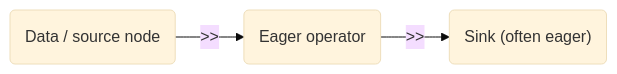
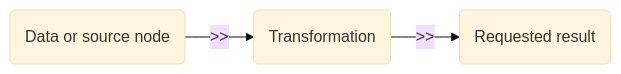
Before and after one commit to GazzolaLab/MiV-OS: the diagram in docs/tutorial/core_concept.md, drawn with Mermaid (base theme). The commit also changed other lines of this file and 6 other files, not shown here.

````diff
--- a/docs/tutorial/core_concept.md
+++ b/docs/tutorial/core_concept.md
@@ -22,8 +41,8 @@
 ```{mermaid}
 graph LR
-    Data("Data / source node")
-    Op("Eager operator")
-    End("Sink (often eager)")
+    Data("Data or source node")
+    Op("Transformation")
+    End("Requested result")
     Data -- ">>" --> Op
     Op -- ">>" --> End
 ```
````
